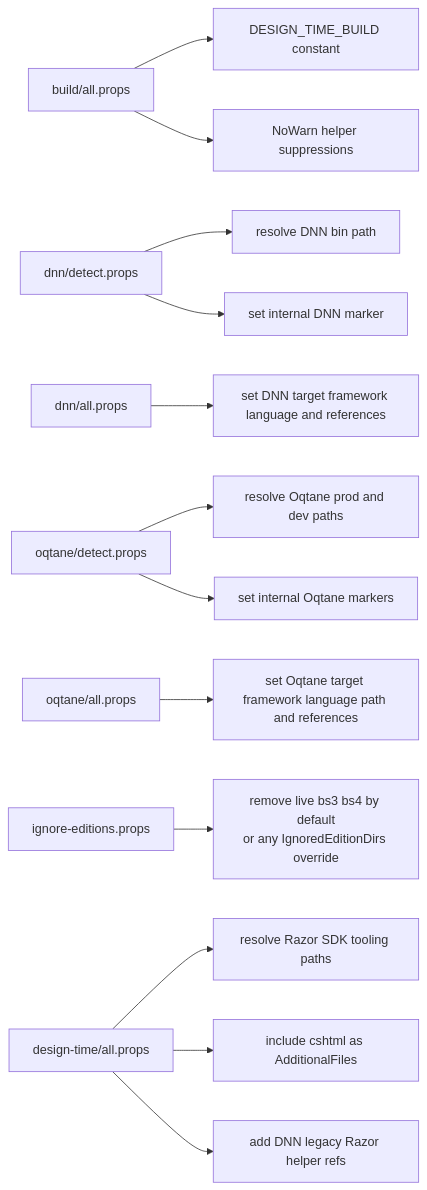
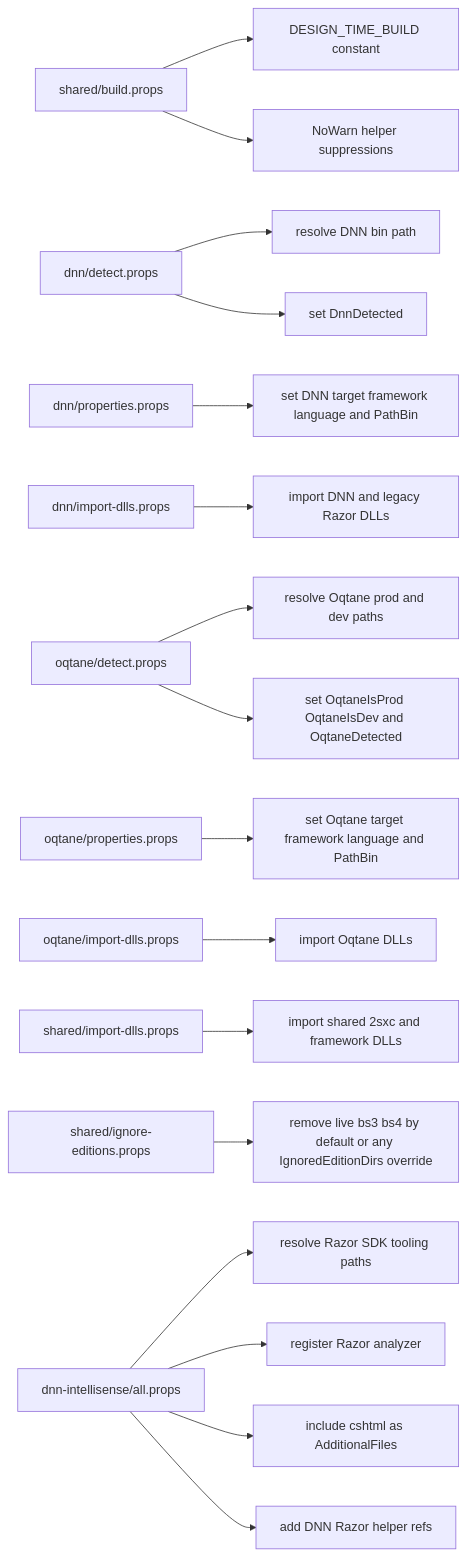
The third of 3 diagrams in readme.md (2sxc-apps/app-extension-dotnet-project), drawn with Mermaid before and after one commit. The commit also changed other lines of this file, not shown here.

Commit message:
update readme for clarity on DNN version and improve prop file organization

````diff
--- a/readme.md
+++ b/readme.md
@@ -219,19 +233,23 @@
 ```mermaid
 flowchart LR
-    BUILD[build/all.props] --> B1[DESIGN_TIME_BUILD constant]
+    BUILD[shared/build.props] --> B1[DESIGN_TIME_BUILD constant]
     BUILD --> B2[NoWarn helper suppressions]
 
     DNNDET[dnn/detect.props] --> D1[resolve DNN bin path]
-    DNNDET --> D2[set internal DNN marker]
-    DNN[dnn/all.props] --> D3[set DNN target framework language and references]
+    DNNDET --> D2[set DnnDetected]
+    DNNPROPS[dnn/properties.props] --> D3[set DNN target framework language and PathBin]
+    DNNDLLS[dnn/import-dlls.props] --> D4[import DNN and legacy Razor DLLs]
 
     OQTDET[oqtane/detect.props] --> O1[resolve Oqtane prod and dev paths]
-    OQTDET --> O2[set internal Oqtane markers]
-    OQT[oqtane/all.props] --> O3[set Oqtane target framework language path and references]
+    OQTDET --> O2[set OqtaneIsProd OqtaneIsDev and OqtaneDetected]
+    OQTPROPS[oqtane/properties.props] --> O3[set Oqtane target framework language and PathBin]
+    OQTDLLS[oqtane/import-dlls.props] --> O4[import Oqtane DLLs]
 
-    EDIT[ignore-editions.props] --> EI[remove live bs3 bs4 by default<br/>or any IgnoredEditionDirs override]
+    SHARED[shared/import-dlls.props] --> S1[import shared 2sxc and framework DLLs]
+    EDIT[shared/ignore-editions.props] --> EI[remove live bs3 bs4 by default or any IgnoredEditionDirs override]
 
-    DT[design-time/all.props] --> RZ[resolve Razor SDK tooling paths]
+    DT[dnn-intellisense/all.props] --> RZ[resolve Razor SDK tooling paths]
+    DT --> RA[register Razor analyzer]
     DT --> AC[include cshtml as AdditionalFiles]
-    DT --> HR[add DNN legacy Razor helper refs]
+    DT --> HR[add DNN Razor helper refs]
 ```
````
